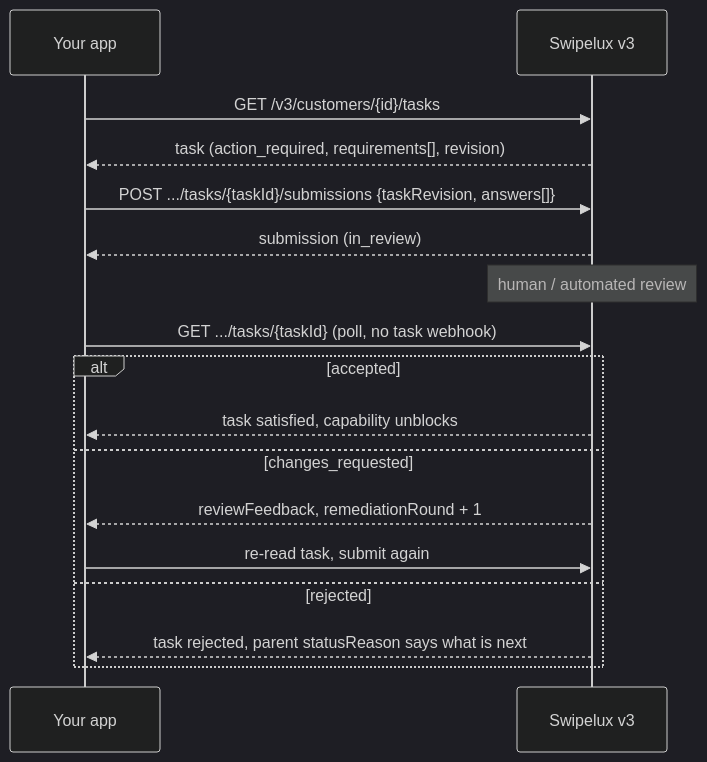
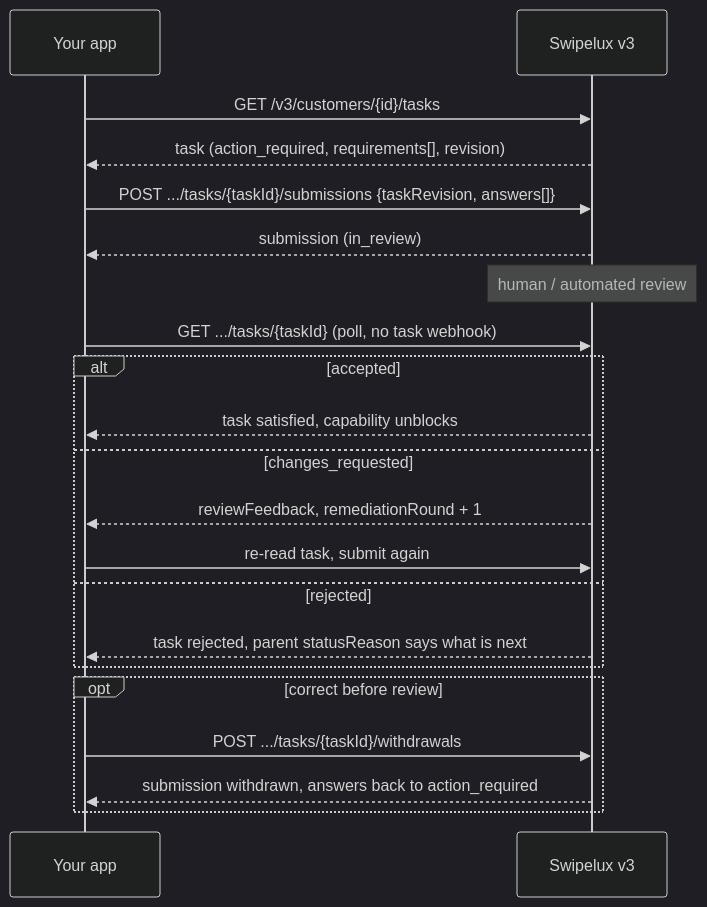
One commit to swipelux/public-docs changed the third of 6 diagrams in api-reference/versioning/migrate-to-v3.mdx. Above: the diagram before and after it, drawn with Mermaid (dark theme). The commit also changed other lines of this file and 4 other files, not shown here.

Commit message:
docs: document partial task submissions, withdrawals, and document contentSha256

````diff
--- a/api-reference/versioning/migrate-to-v3.mdx
+++ b/api-reference/versioning/migrate-to-v3.mdx
@@ -98,19 +98,23 @@
 ```mermaid
 sequenceDiagram
   participant You as Your app
   participant SLX as Swipelux v3
   You->>SLX: GET /v3/customers/{id}/tasks
   SLX-->>You: task (action_required, requirements[], revision)
   You->>SLX: POST .../tasks/{taskId}/submissions {taskRevision, answers[]}
   SLX-->>You: submission (in_review)
   Note over SLX: human / automated review
   You->>SLX: GET .../tasks/{taskId} (poll, no task webhook)
   alt accepted
     SLX-->>You: task satisfied, capability unblocks
   else changes_requested
     SLX-->>You: reviewFeedback, remediationRound + 1
     You->>SLX: re-read task, submit again
   else rejected
     SLX-->>You: task rejected, parent statusReason says what is next
   end
+  opt correct before review
+    You->>SLX: POST .../tasks/{taskId}/withdrawals
+    SLX-->>You: submission withdrawn, answers back to action_required
+  end
 ```
````
